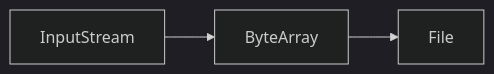
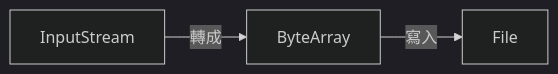
Before and after one commit to newcici7777/newcici7777.github.io: the second of 2 diagrams in _pages/java/socket_file.md, drawn with Mermaid (dark theme). The commit also changed other lines of this file and 402 other files, not shown here.

````diff
--- a/_pages/java/socket_file.md
+++ b/_pages/java/socket_file.md
@@ -68,4 +68,4 @@
 ```mermaid
 flowchart LR
-    InputStream --> ByteArray --> File
+    InputStream -- 轉成 --> ByteArray -- 寫入 --> File
 ```
````
